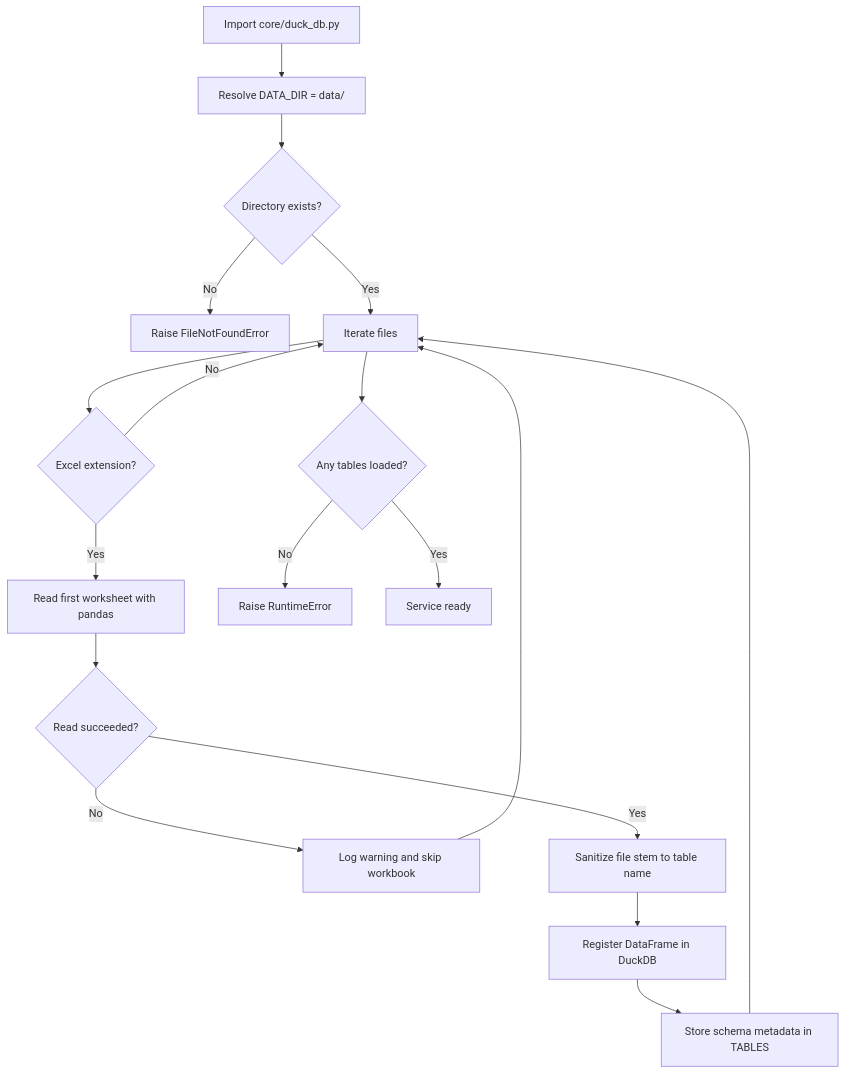
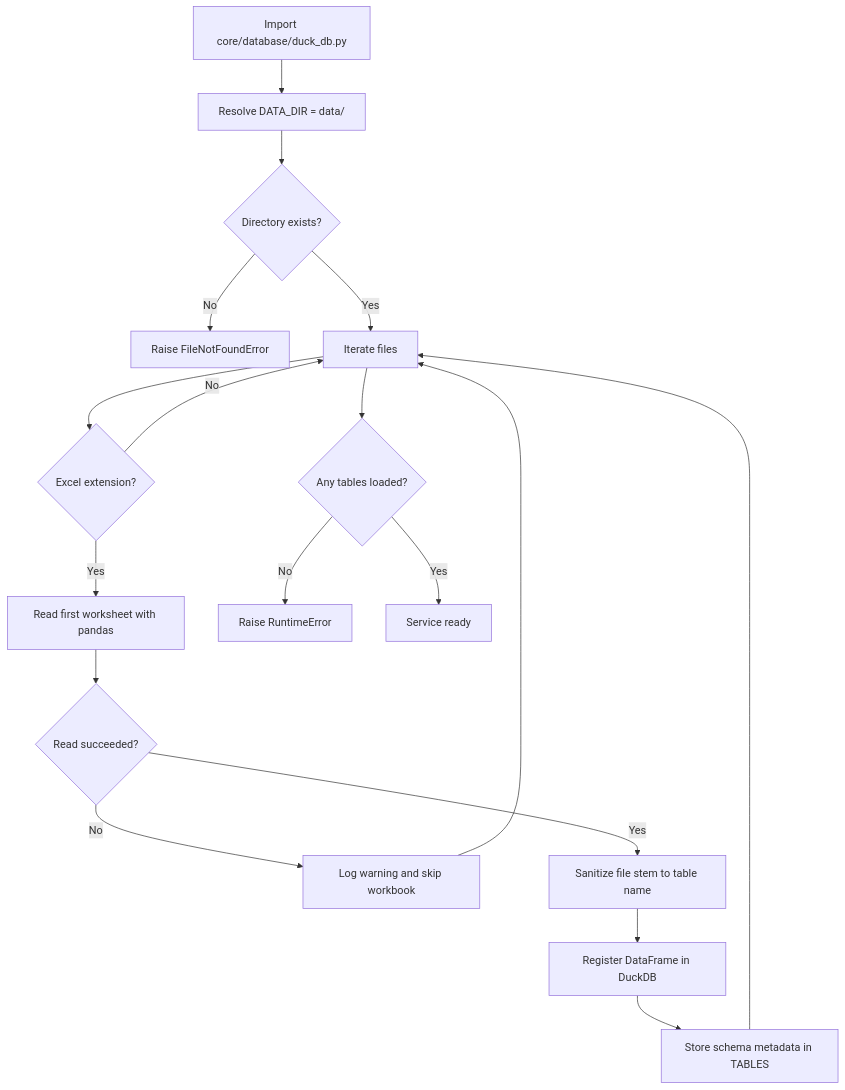
Before and after one commit to konstantinosmpouros/mAgenticX: the third of 4 diagrams in src/rag_service/README.md, drawn with Mermaid. The commit also changed other lines of this file and 167 other files, not shown here.

````diff
--- a/src/rag_service/README.md
+++ b/src/rag_service/README.md
@@ -89,20 +89,20 @@
 ```mermaid
 flowchart TD
-    A[Import core/duck_db.py] --> B[Resolve DATA_DIR = data/]
+    A[Import core/database/duck_db.py] --> B[Resolve DATA_DIR = data/]
     B --> C{Directory exists?}
     C -->|No| D[Raise FileNotFoundError]
     C -->|Yes| E[Iterate files]
     E --> F{Excel extension?}
     F -->|No| E
     F -->|Yes| G[Read first worksheet with pandas]
     G --> H{Read succeeded?}
     H -->|No| I[Log warning and skip workbook]
     H -->|Yes| J[Sanitize file stem to table name]
     J --> K[Register DataFrame in DuckDB]
     K --> L[Store schema metadata in TABLES]
     I --> E
     L --> E
     E --> M{Any tables loaded?}
     M -->|No| N[Raise RuntimeError]
     M -->|Yes| O[Service ready]
 ```
````
